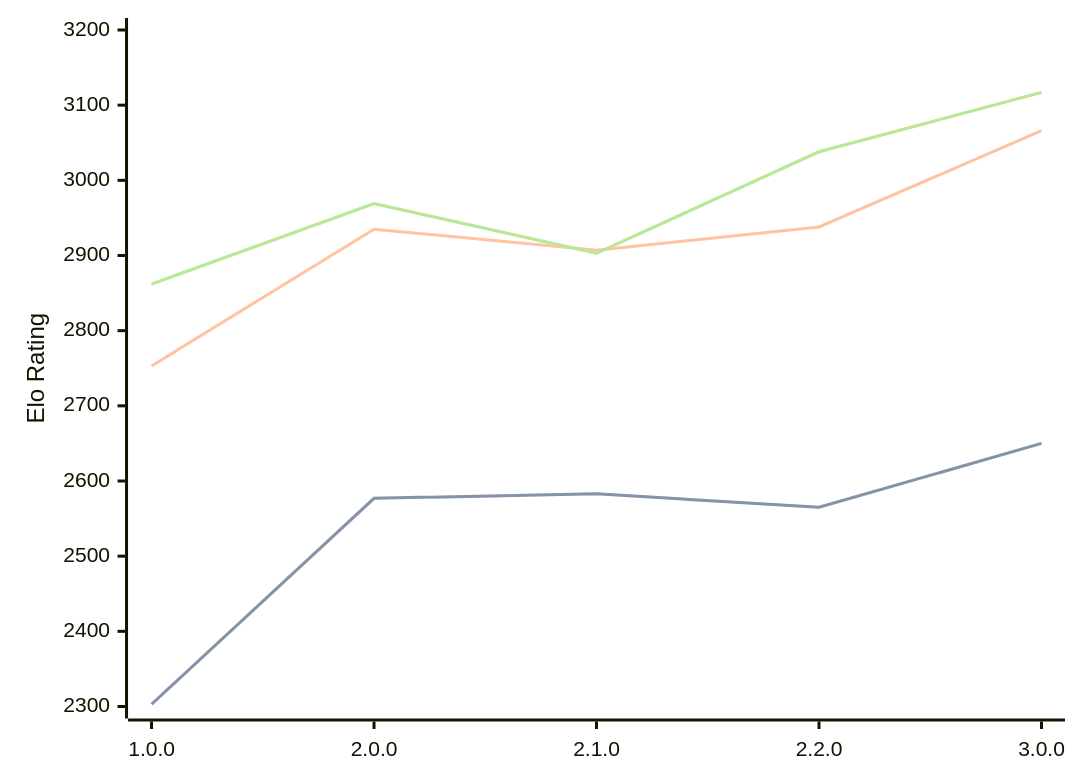
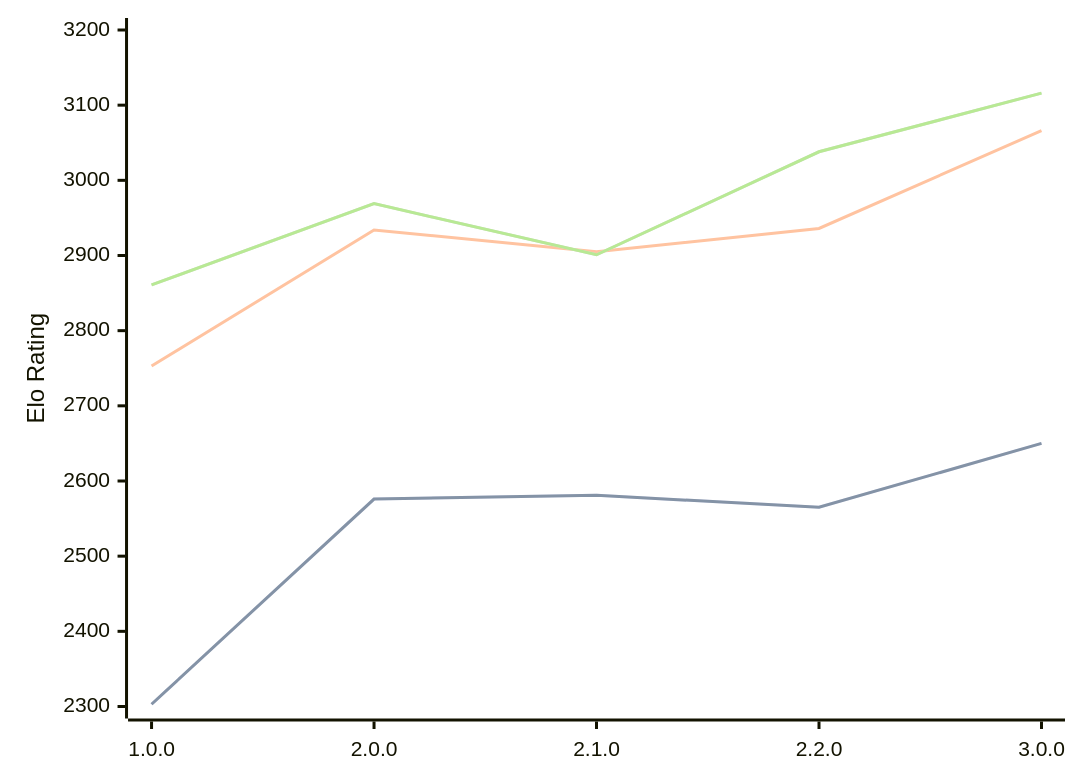
The diagram in engines/Catalyst.md (computer-chess-index/cci), drawn with Mermaid before and after one commit. The commit also changed other lines of this file, not shown here.

Commit message:
Update CCI Ratings (ELO VLTC) - 2026-06-10

````diff
--- a/engines/Catalyst.md
+++ b/engines/Catalyst.md
@@ -35,11 +35,11 @@
 ```mermaid
 %%{init: {"theme":"base","themeVariables":{"seriesColors:['#a3a3a3','#222221','#faa371']}}}%%
 xychart-beta
   x-axis ["1.0.0", "2.0.0", "2.1.0", "2.2.0", "3.0.0"]
   y-axis "Elo Rating" 2300 --> 3200
-  line "STC (8.0+0.08s)" [2303, 2577, 2583, 2565, 2650]
-  line "STC (8.0+0.08s)" [2303, 2577, 2583, 2565, 2650]
-  line "LTC (60.0+0.60s)" [2753, 2935, 2907, 2938, 3066]
-  line "VLTC (2m24s+1.12s)" [2862, 2969, 2903, 3038, 3117]
-  line "VLTC (2m24s+1.12s)" [2862, 2969, 2903, 3038, 3117]
+  line "STC (8.0+0.08s)" [2303, 2576, 2581, 2565, 2650]
+  line "STC (8.0+0.08s)" [2303, 2576, 2581, 2565, 2650]
+  line "LTC (60.0+0.60s)" [2753, 2934, 2905, 2936, 3066]
+  line "VLTC (2m24s+1.12s)" [2861, 2969, 2901, 3038, 3116]
+  line "VLTC (2m24s+1.12s)" [2861, 2969, 2901, 3038, 3116]
 ```
````
